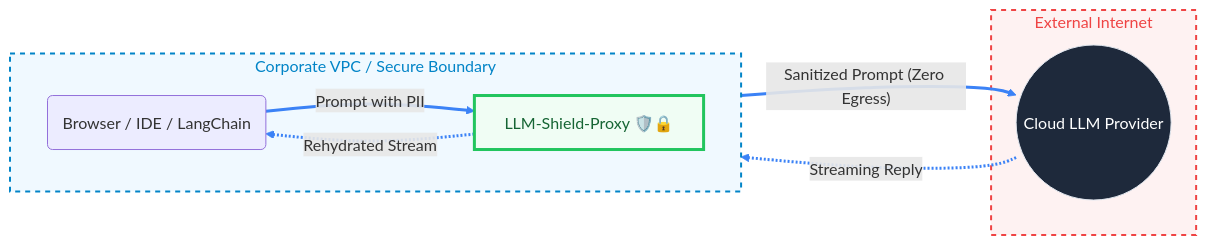
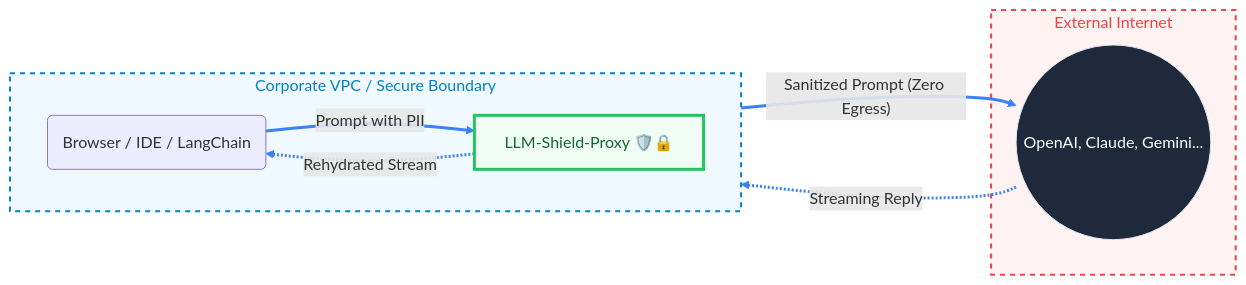
The first of 3 diagrams in README.md (ninadphalak/LLM-Shield-Proxy), drawn with Mermaid before and after one commit.

Commit message:
docs: simplify top diagram wording

````diff
--- a/README.md
+++ b/README.md
@@ -19,24 +19,24 @@
 ```mermaid
 flowchart LR
     subgraph VPC [Corporate VPC / Secure Boundary]
         direction LR
         App(Browser / IDE / LangChain)
         Proxy[LLM-Shield-Proxy 🛡️🔒]
         App == "Prompt with PII" ==> Proxy
     end
 
     subgraph Internet [External Internet]
-        LLM((Cloud LLM Provider))
+        LLM((OpenAI, Claude, Gemini...))
     end
 
     Proxy == "Sanitized Prompt (Zero Egress)" ==> LLM
     LLM -. "Streaming Reply" .-> Proxy
     Proxy -. "Rehydrated Stream" .-> App
 
     linkStyle default stroke:#3b82f6,stroke-width:3px;
 
     style VPC fill:#f0f9ff,stroke:#0284c7,stroke-width:2px,stroke-dasharray: 5 5,color:#0284c7
     style Internet fill:#fef2f2,stroke:#ef4444,stroke-width:2px,stroke-dasharray: 5 5,color:#ef4444
     style Proxy fill:#f0fdf4,stroke:#22c55e,stroke-width:3px,color:#166534
     style LLM fill:#1e293b,stroke:#e2e8f0,color:#fff
 ```
````
